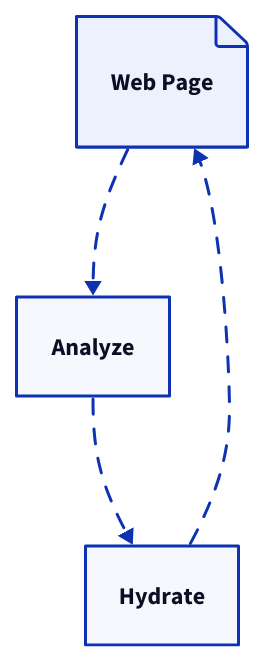
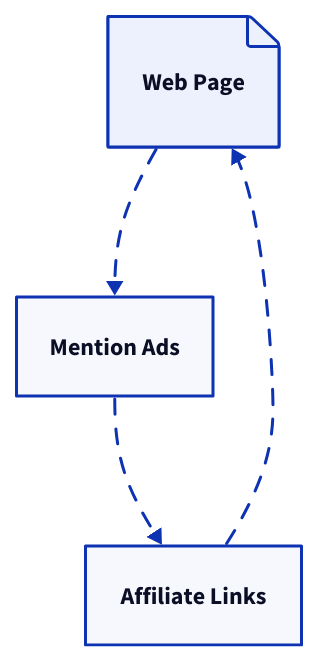
Before and after one commit to mentionlink/frontend: the diagram in HERO.d2, drawn with D2. The commit also changed 2 other files, not shown here.

```diff
--- a/HERO.d2
+++ b/HERO.d2
@@ -1,13 +1,14 @@
 # Copyright 2025 Mention Ads. All rights reserved.
 # Use of this source code is governed by the PolyForm Shield 1.0.0 license
 # that can be found in the LICENSE.md file at the root of this repository.
 
 # d2 --sketch HERO.d2 packages/pages/src/assets/hero.svg
+# svgo packages/pages/src/assets/hero.svg
 
-Web Page -> Analyze: {style.animated: true}
+Web Page -> Mention Ads: {style.animated: true}
 
-Analyze -> Hydrate: {style.animated: true}
+Mention Ads -> Affiliate Links: {style.animated: true}
 
-Hydrate -> Web Page: {style.animated: true}
+Affiliate Links -> Web Page: {style.animated: true}
 
 Web Page.shape: page
```
